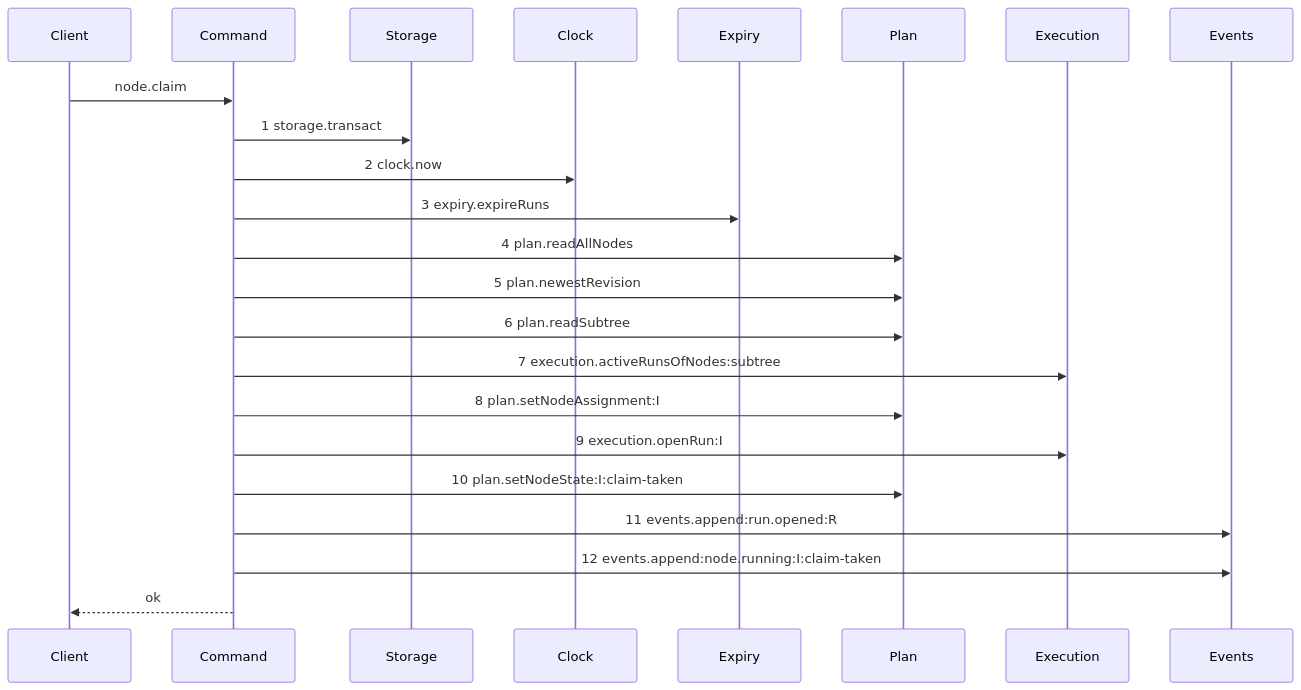
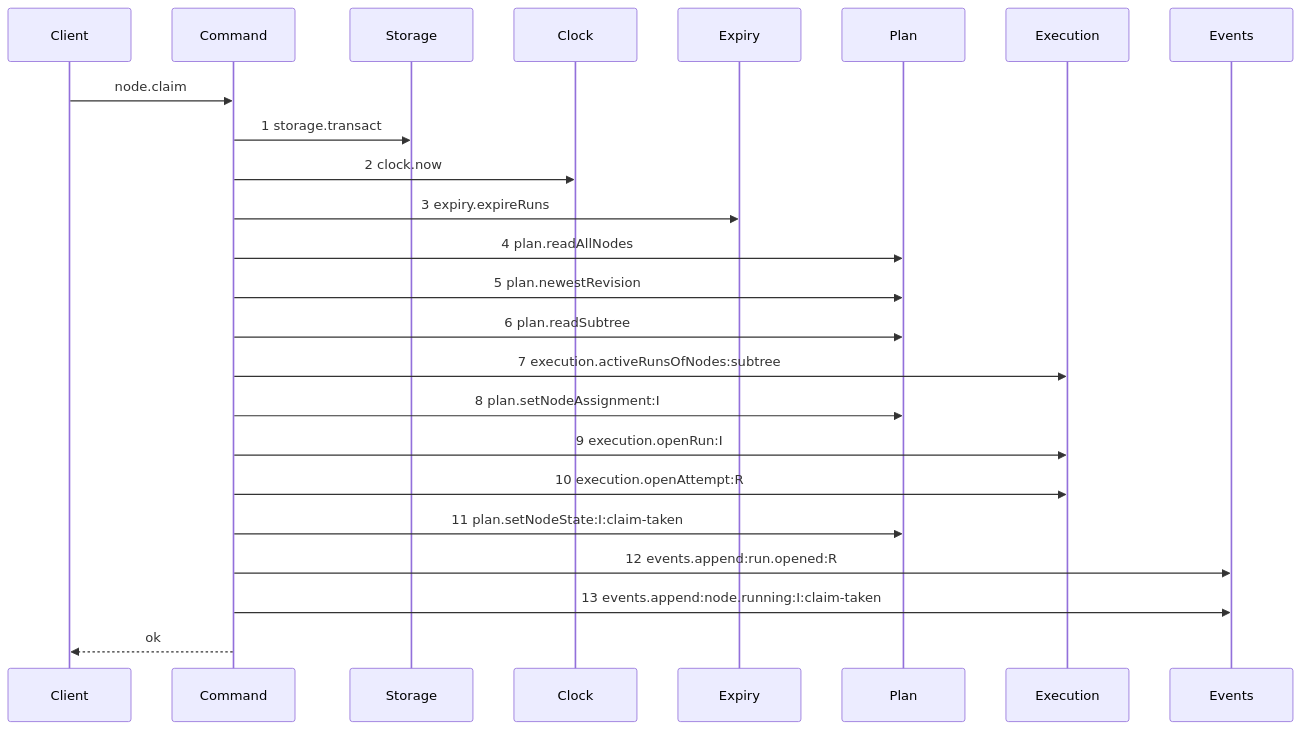
Before and after one commit to kanthorlabs/kanthord-engine: the diagram in .agents/plan/stories/050.4-the-node-lease-removal/02-the-claim-of-an-initiative-drops-the-lease.md, drawn with Mermaid. The commit also changed other lines of this file and 30 other files, not shown here.

````diff
--- a/.agents/plan/stories/050.4-the-node-lease-removal/02-the-claim-of-an-initiative-drops-the-lease.md
+++ b/.agents/plan/stories/050.4-the-node-lease-removal/02-the-claim-of-an-initiative-drops-the-lease.md
@@ -27,25 +31,26 @@
 ```mermaid
 sequenceDiagram
     participant Client
     participant Command
     participant Storage
     participant Clock
     participant Expiry
     participant Plan
     participant Execution
     participant Events
     Client->>Command: node.claim
     Command->>Storage: 1 storage.transact
     Command->>Clock: 2 clock.now
     Command->>Expiry: 3 expiry.expireRuns
     Command->>Plan: 4 plan.readAllNodes
     Command->>Plan: 5 plan.newestRevision
     Command->>Plan: 6 plan.readSubtree
     Command->>Execution: 7 execution.activeRunsOfNodes:subtree
     Command->>Plan: 8 plan.setNodeAssignment:I
     Command->>Execution: 9 execution.openRun:I
-    Command->>Plan: 10 plan.setNodeState:I:claim-taken
-    Command->>Events: 11 events.append:run.opened:R
-    Command->>Events: 12 events.append:node.running:I:claim-taken
+    Command->>Execution: 10 execution.openAttempt:R
+    Command->>Plan: 11 plan.setNodeState:I:claim-taken
+    Command->>Events: 12 events.append:run.opened:R
+    Command->>Events: 13 events.append:node.running:I:claim-taken
     Command-->>Client: ok
 ```
````
